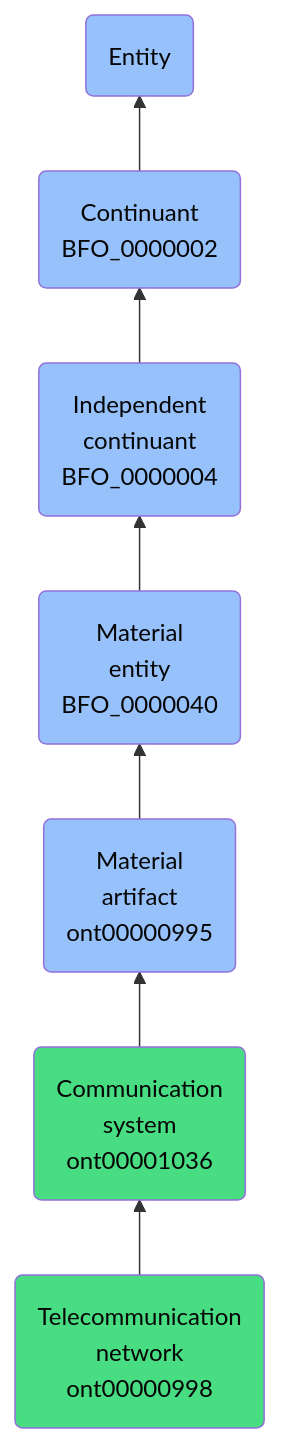
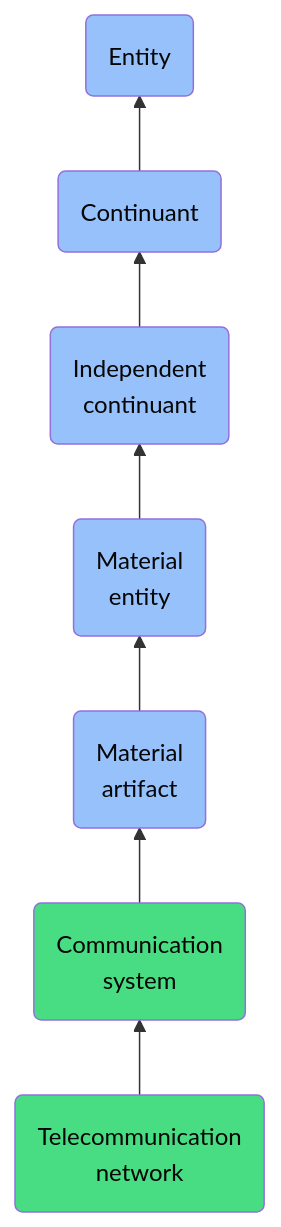
One commit to jupyter-naas/abi changed the diagram in docs/ontology/reference/model/Entity/Continuant/Independent continuant/Material entity/Material artifact/Communication system/Telecommunication network/Telecommunication network.md. Above: the diagram before and after it, drawn with Mermaid. The commit also changed other lines of this file and 1430 other files, not shown here.

````diff
--- a/docs/ontology/reference/model/Entity/Continuant/Independent continuant/Material entity/Material artifact/Communication system/Telecommunication network/Telecommunication network.md
+++ b/docs/ontology/reference/model/Entity/Continuant/Independent continuant/Material entity/Material artifact/Communication system/Telecommunication network/Telecommunication network.md
@@ -24,14 +24,14 @@
 ```mermaid
 graph BT
-    ont00000998(Telecommunication<br>network<br>ont00000998):::ABI-->ont00001036
-    ont00001036(Communication<br>system<br>ont00001036):::ABI-->ont00000995
-    ont00000995(Material<br>artifact<br>ont00000995):::BFO-->BFO_0000040
-    BFO_0000040(Material<br>entity<br>BFO_0000040):::BFO-->BFO_0000004
-    BFO_0000004(Independent<br>continuant<br>BFO_0000004):::BFO-->BFO_0000002
-    BFO_0000002(Continuant<br>BFO_0000002):::BFO-->BFO_0000001
+    ont00000998(Telecommunication<br>network):::ABI-->ont00001036
+    ont00001036(Communication<br>system):::ABI-->ont00000995
+    ont00000995(Material<br>artifact):::BFO-->BFO_0000040
+    BFO_0000040(Material<br>entity):::BFO-->BFO_0000004
+    BFO_0000004(Independent<br>continuant):::BFO-->BFO_0000002
+    BFO_0000002(Continuant):::BFO-->BFO_0000001
     BFO_0000001(Entity):::BFO
     
     classDef BFO fill:#97c1fb,color:#060606
     classDef CCO fill:#e4c51e,color:#060606
     classDef ABI fill:#48DD82,color:#060606
 ```
````
